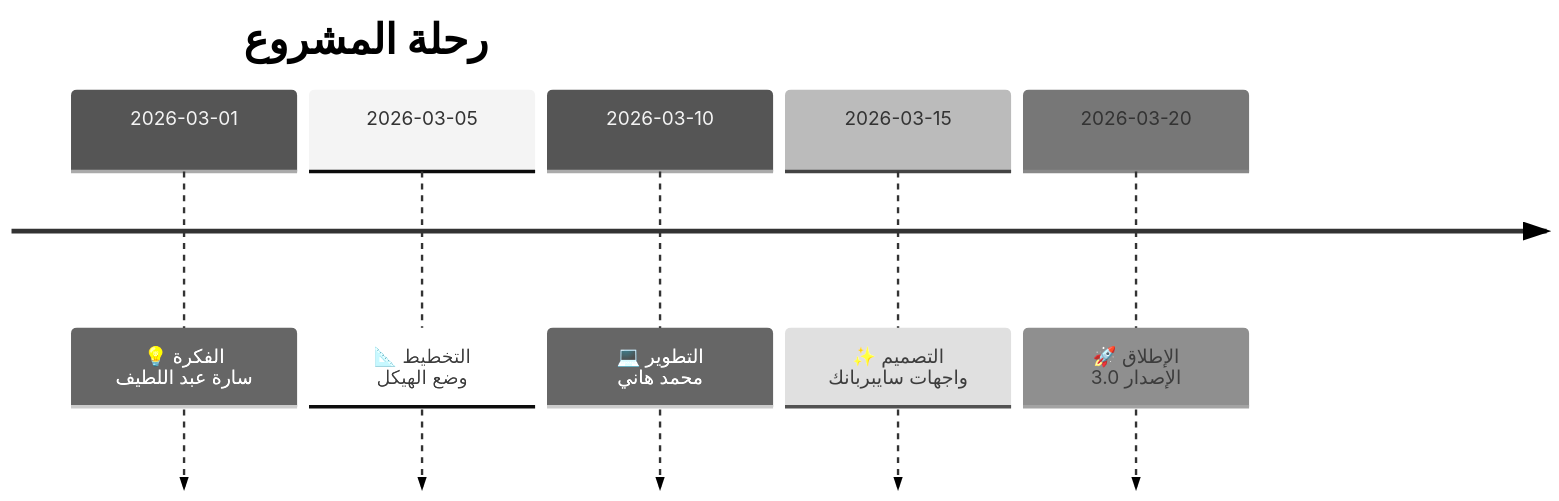
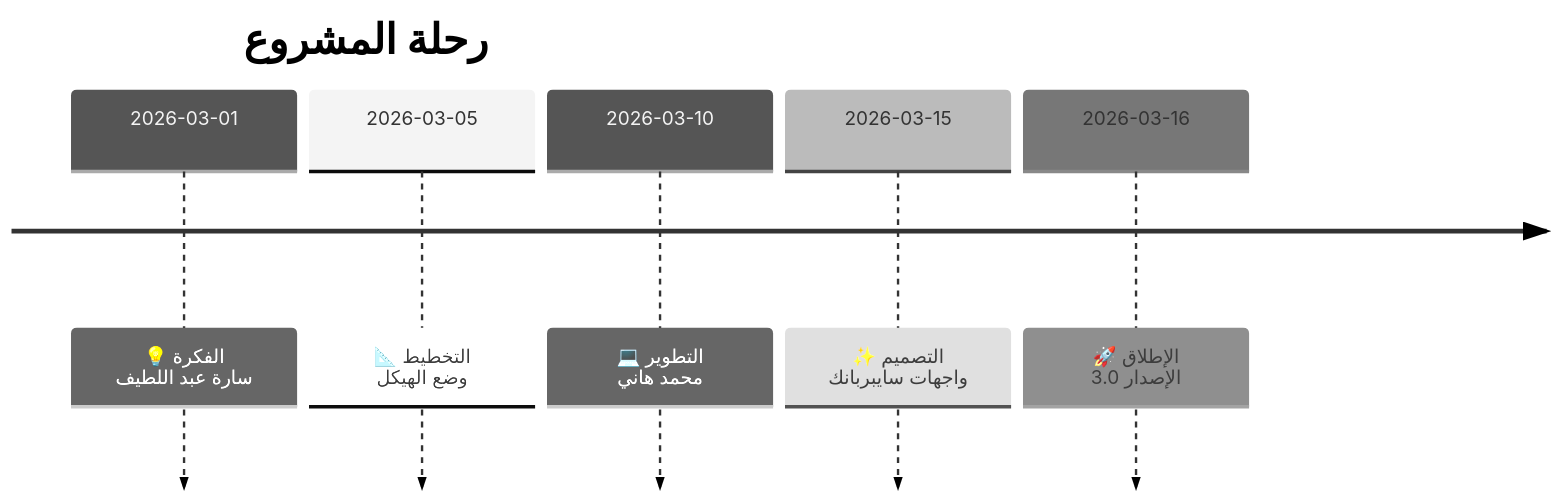
Before and after one commit to TechOrbit-Official/cyber-network-security: the first of 2 diagrams in README.md, drawn with Mermaid (neutral theme).

Commit message:
Update release date for version 3.0 in README

````diff
--- a/README.md
+++ b/README.md
@@ -34,9 +34,9 @@
 ```mermaid
 timeline
     title رحلة المشروع
     2026-03-01 : 💡 الفكرة<br>سارة عبد اللطيف
     2026-03-05 : 📐 التخطيط<br>وضع الهيكل
     2026-03-10 : 💻 التطوير<br>محمد هاني
     2026-03-15 : ✨ التصميم<br>واجهات سايبربانك
-    2026-03-20 : 🚀 الإطلاق<br>الإصدار 3.0
+    2026-03-16 : 🚀 الإطلاق<br>الإصدار 3.0
 ```
````
